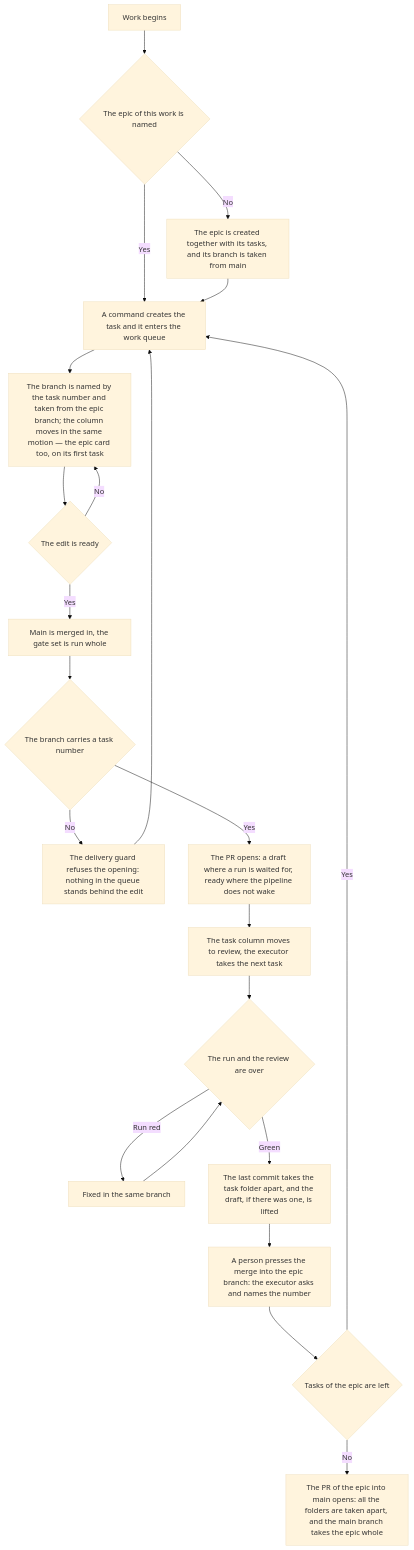
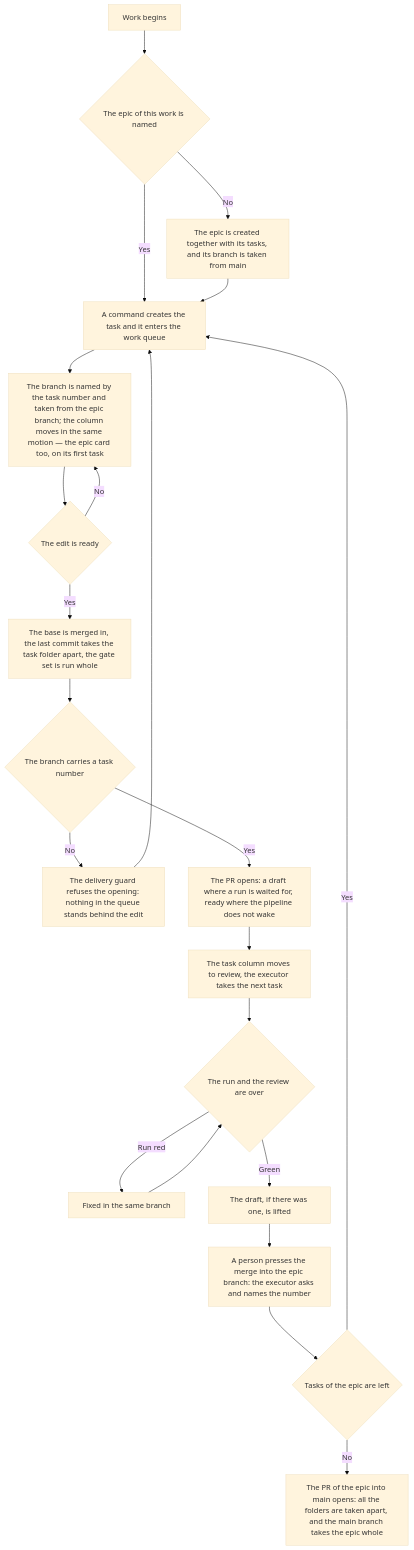
Before and after one commit to Eyhenij/rt-tools: the diagram in .claude/skills/git-workflow/SKILL.md, drawn with Mermaid (base theme). The commit also changed other lines of this file and 8 other files, not shown here.

First line of the commit message:
docs(rt:agent-kit): схемы поставки разбирают папку задачи до PR, повторы с task-flow убраны

````diff
--- a/.claude/skills/git-workflow/SKILL.md
+++ b/.claude/skills/git-workflow/SKILL.md
@@ -48,24 +48,24 @@
 ```mermaid
 flowchart TD
     A[Work begins] --> Z{The epic of this work is named}
     Z -->|No| Y[The epic is created together with its tasks, and its branch is taken from main]
     Z -->|Yes| B[A command creates the task and it enters the work queue]
     Y --> B
     B --> C[The branch is named by the task number and taken from the epic branch; the column moves in the same motion — the epic card too, on its first task]
     C --> D{The edit is ready}
     D -->|No| C
-    D -->|Yes| E[Main is merged in, the gate set is run whole]
+    D -->|Yes| E[The base is merged in, the last commit takes the task folder apart, the gate set is run whole]
     E --> F{The branch carries a task number}
     F -->|No| G[The delivery guard refuses the opening: nothing in the queue stands behind the edit]
     F -->|Yes| H[The PR opens: a draft where a run is waited for, ready where the pipeline does not wake]
     H --> I[The task column moves to review, the executor takes the next task]
     I --> J{The run and the review are over}
     J -->|Run red| K[Fixed in the same branch]
     K --> J
-    J -->|Green| L[The last commit takes the task folder apart, and the draft, if there was one, is lifted]
+    J -->|Green| L[The draft, if there was one, is lifted]
     L --> M[A person presses the merge into the epic branch: the executor asks and names the number]
     M --> N{Tasks of the epic are left}
     N -->|Yes| B
     N -->|No| O[The PR of the epic into main opens: all the folders are taken apart, and the main branch takes the epic whole]
     G --> B
 ```
````
